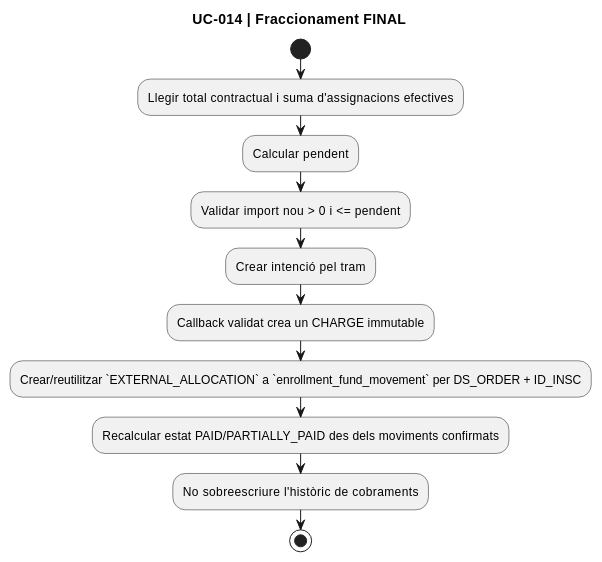
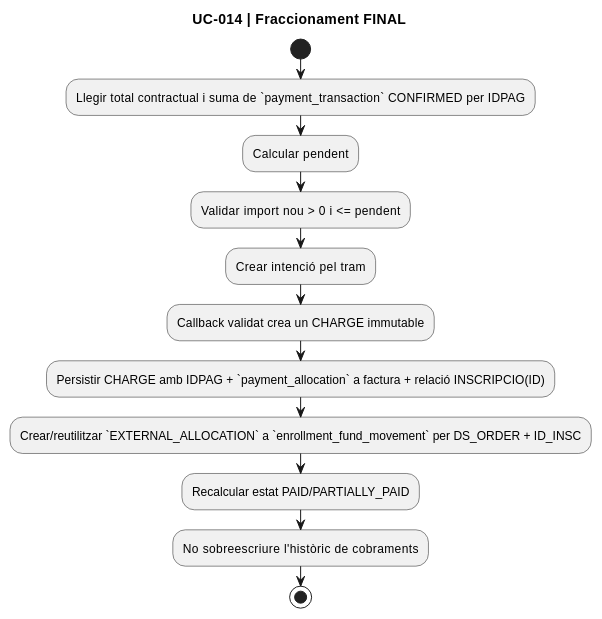
Diagram 12 of 15 in documentacio/07-uml-integrat/uc-014-activitats-pagines-redsys-actual-final.md (orgmeriemprismacat-del/verifactu), drawn with PlantUML before and after one commit. The commit also changed other lines of this file and 58 other files, not shown here.

````diff
--- a/documentacio/07-uml-integrat/uc-014-activitats-pagines-redsys-actual-final.md
+++ b/documentacio/07-uml-integrat/uc-014-activitats-pagines-redsys-actual-final.md
@@ -335,15 +350,16 @@
 ```plantuml
 @startuml
 title UC-014 | Fraccionament FINAL
 start
-:Llegir total contractual i suma d'assignacions efectives;
+:Llegir total contractual i suma de `payment_transaction` CONFIRMED per IDPAG;
 :Calcular pendent;
 :Validar import nou > 0 i <= pendent;
 :Crear intenció pel tram;
 :Callback validat crea un CHARGE immutable;
+:Persistir CHARGE amb IDPAG + `payment_allocation` a factura + relació INSCRIPCIO(ID);
 :Crear/reutilitzar `EXTERNAL_ALLOCATION` a `enrollment_fund_movement` per DS_ORDER + ID_INSC;
-:Recalcular estat PAID/PARTIALLY_PAID des dels moviments confirmats;
+:Recalcular estat PAID/PARTIALLY_PAID;
 :No sobreescriure l'històric de cobraments;
 stop
 @enduml
 ```
````
